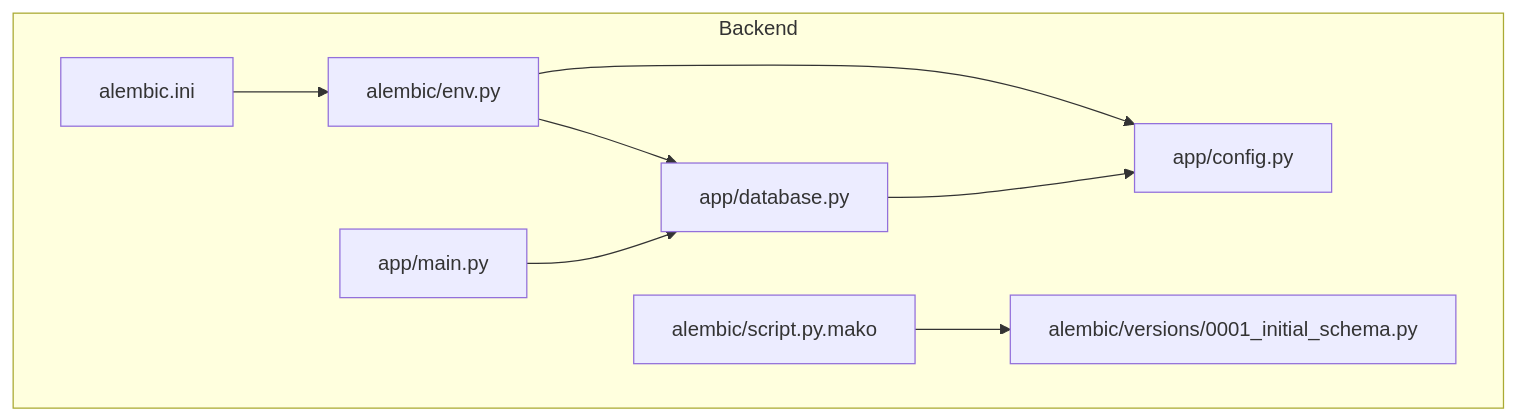
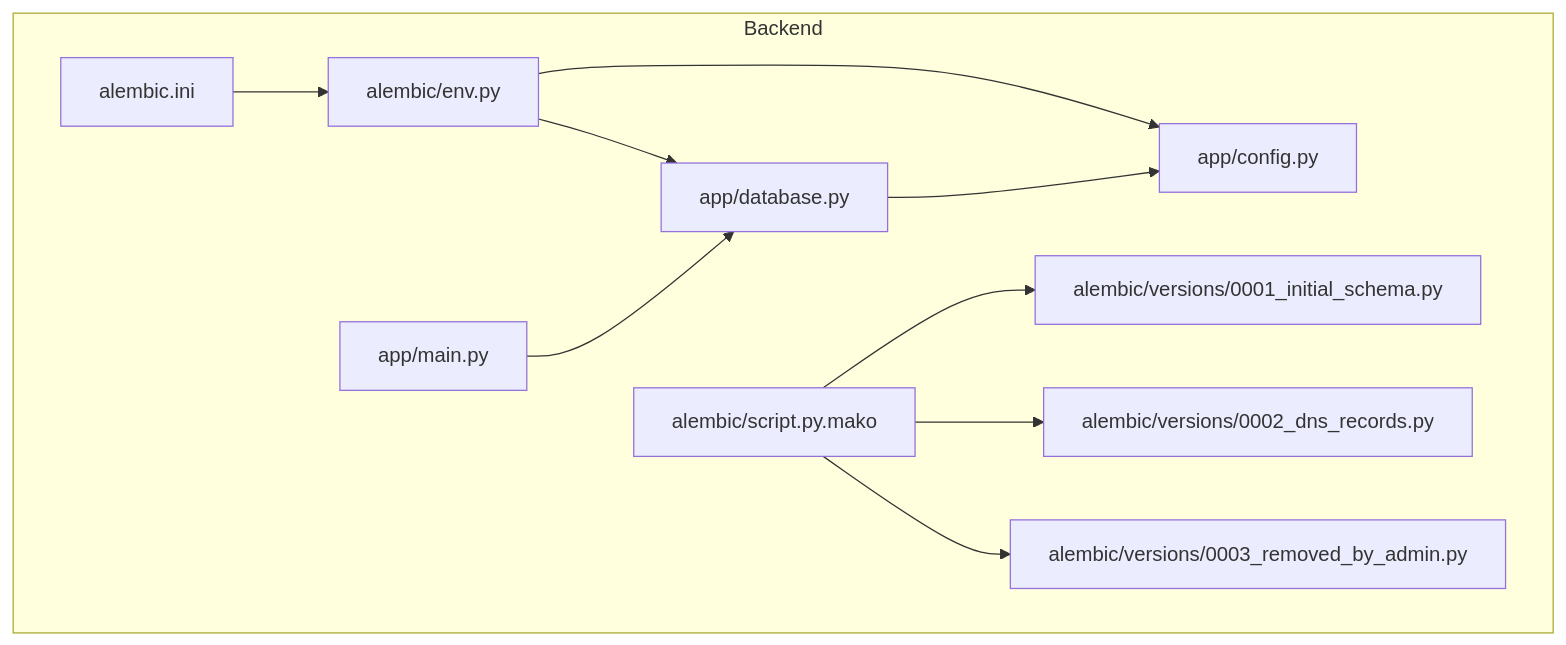
The first of 4 diagrams in .qoder/repowiki/en/content/System Architecture/Backend Architecture/Database Layer & Data Models/Database Migrations & Schema Evolution.md (14Lucifer/hackathon_ecs_creator), drawn with Mermaid before and after one commit. The commit also changed other lines of this file and 92 other files, not shown here.

````diff
--- a/.qoder/repowiki/en/content/System Architecture/Backend Architecture/Database Layer & Data Models/Database Migrations & Schema Evolution.md
+++ b/.qoder/repowiki/en/content/System Architecture/Backend Architecture/Database Layer & Data Models/Database Migrations & Schema Evolution.md
@@ -32,18 +44,22 @@
 ```mermaid
 graph TB
 subgraph "Backend"
 A["alembic.ini"]
 B["alembic/env.py"]
 C["alembic/script.py.mako"]
 D["alembic/versions/0001_initial_schema.py"]
-E["app/database.py"]
-F["app/config.py"]
-G["app/main.py"]
+E["alembic/versions/0002_dns_records.py"]
+F["alembic/versions/0003_removed_by_admin.py"]
+G["app/database.py"]
+H["app/config.py"]
+I["app/main.py"]
 end
 A --> B
-B --> E
-B --> F
+B --> G
+B --> H
 C --> D
-E --> F
-G --> E
+C --> E
+C --> F
+G --> H
+I --> G
 ```
````
